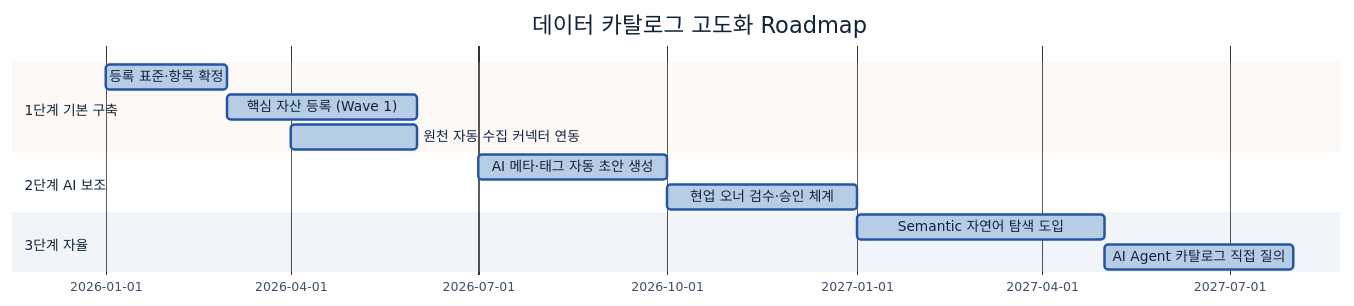
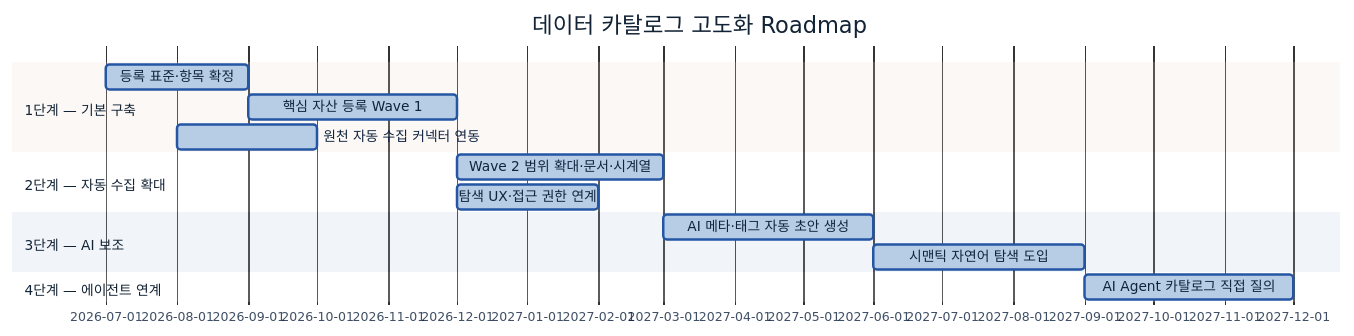
Before and after one commit to jin-kearney/ai-ready-data-manual: diagram 12 of 12 in 가이드 작성/A-1 데이터 카탈로그/A-1 데이터 카탈로그.md, drawn with Mermaid. The commit also changed other lines of this file and 6 other files, not shown here.

````diff
--- a/가이드 작성/A-1 데이터 카탈로그/A-1 데이터 카탈로그.md
+++ b/가이드 작성/A-1 데이터 카탈로그/A-1 데이터 카탈로그.md
@@ -1604,16 +890,18 @@
 ```mermaid
 %%{init: {'theme':'base','themeVariables':{'primaryColor':'#B7CDE6','primaryBorderColor':'#2456A4','primaryTextColor':'#10243f','lineColor':'#2456A4','fontSize':'13px'}}}%%
 gantt
     title 데이터 카탈로그 고도화 Roadmap
     dateFormat YYYY-MM
-    section 1단계 기본 구축
-    등록 표준·항목 확정             :a1, 2026-01, 2M
-    핵심 자산 등록 (Wave 1)         :a2, 2026-03, 3M
-    원천 자동 수집 커넥터 연동       :a3, 2026-04, 2M
-    section 2단계 AI 보조
-    AI 메타·태그 자동 초안 생성      :b1, 2026-07, 3M
-    현업 오너 검수·승인 체계         :b2, 2026-10, 3M
-    section 3단계 자율
-    Semantic 자연어 탐색 도입        :c1, 2027-01, 4M
-    AI Agent 카탈로그 직접 질의      :c2, 2027-05, 3M
+    section 1단계 — 기본 구축
+    등록 표준·항목 확정             :a1, 2026-07, 2M
+    핵심 자산 등록 Wave 1           :a2, 2026-09, 3M
+    원천 자동 수집 커넥터 연동       :a3, 2026-08, 2M
+    section 2단계 — 자동 수집 확대
+    Wave 2 범위 확대·문서·시계열    :b1, 2026-12, 3M
+    탐색 UX·접근 권한 연계          :b2, 2026-12, 2M
+    section 3단계 — AI 보조
+    AI 메타·태그 자동 초안 생성     :c1, 2027-03, 3M
+    시맨틱 자연어 탐색 도입         :c2, 2027-06, 3M
+    section 4단계 — 에이전트 연계
+    AI Agent 카탈로그 직접 질의     :d1, 2027-09, 3M
 ```
````
